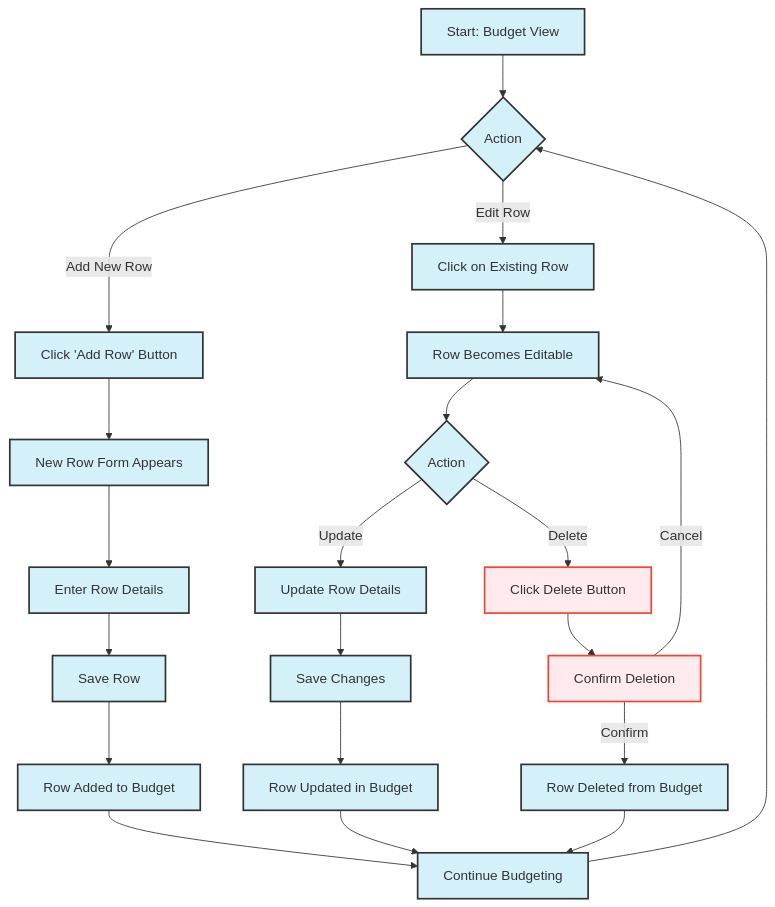
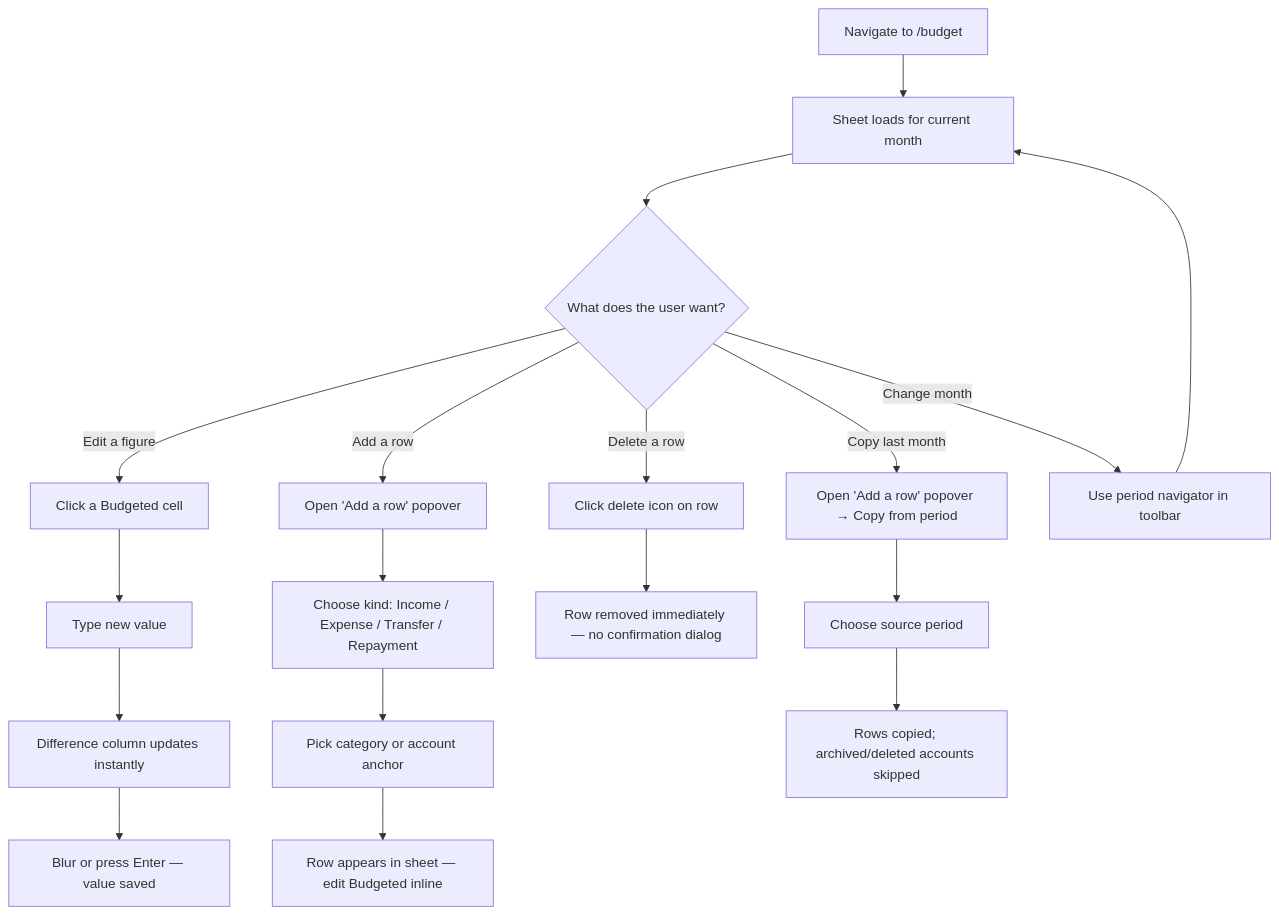
The diagram in docs/user-journeys/update-a-budget.md (JRRS1982/halcyon), drawn with Mermaid before and after one commit. The commit also changed other lines of this file, not shown here.

First line of the commit message:
JRRS1982/audit-auth-fixes: rewrite update-a-budget.md against real inline grid UI

````diff
--- a/docs/user-journeys/update-a-budget.md
+++ b/docs/user-journeys/update-a-budget.md
@@ -5,39 +7,25 @@
 ```mermaid
 flowchart TD
-    %% Budget Row Update Flow
-    A[Start: Budget View] --> B{Action}
+    A[Navigate to /budget] --> B[Sheet loads for current month]
+    B --> C{What does the user want?}
 
-    %% Add New Row Path
-    B -->|Add New Row| C[Click 'Add Row' Button]
-    C --> D[New Row Form Appears]
-    D --> G[Enter Row Details]
-    G --> H[Save Row]
-    H --> I[Row Added to Budget]
+    C -->|Edit a figure| D[Click a Budgeted cell]
+    D --> E[Type new value]
+    E --> F[Difference column updates instantly]
+    F --> G[Blur or press Enter — value saved]
 
-    %% Update Existing Row Path
-    B -->|Edit Row| J[Click on Existing Row]
-    J --> K[Row Becomes Editable]
-    K --> L{Action}
-    L -->|Update| M[Update Row Details]
-    M --> N[Save Changes]
-    L -->|Delete| P[Click Delete Button]
-    P --> Q[Confirm Deletion]
-    Q -->|Confirm| R[Row Deleted from Budget]
-    Q -->|Cancel| K
-    N --> O[Row Updated in Budget]
+    C -->|Add a row| H[Open 'Add a row' popover]
+    H --> I[Choose kind: Income / Expense / Transfer / Repayment]
+    I --> J[Pick category or account anchor]
+    J --> K[Row appears in sheet — edit Budgeted inline]
 
-    %% Navigation
-    I --> S[Continue Budgeting]
-    O --> S
-    R --> S
-    S --> B
+    C -->|Delete a row| L[Click delete icon on row]
+    L --> M[Row removed immediately — no confirmation dialog]
 
-    %% Styling
-    classDef userAction fill:#d4f1f9,stroke:#333,stroke-width:2px
-    classDef systemAction fill:#d5e8d4,stroke:#333,stroke-width:2px
-    classDef warningAction fill:#ffebee,stroke:#f44336,stroke-width:2px
+    C -->|Copy last month| N[Open 'Add a row' popover → Copy from period]
+    N --> O[Choose source period]
+    O --> P[Rows copied; archived/deleted accounts skipped]
 
-    %% Apply styles
-    class A,B,C,D,G,H,I,J,K,L,M,N,O,P,Q,R,S userAction
-    class P,Q warningAction
+    C -->|Change month| Q[Use period navigator in toolbar]
+    Q --> B
 ```
````
